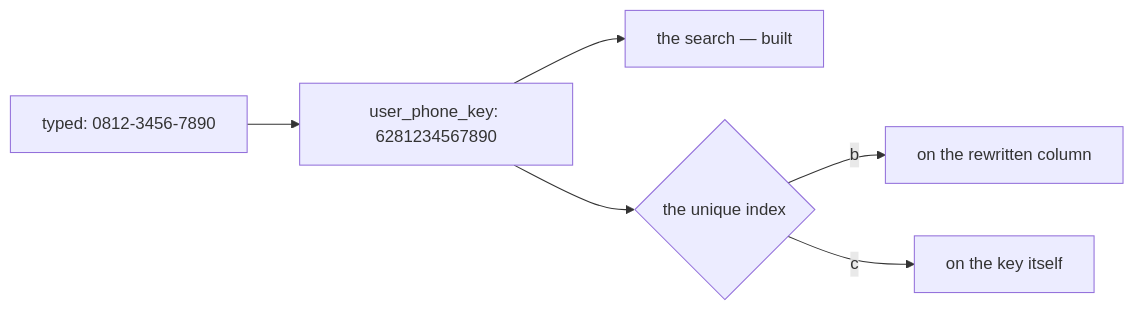
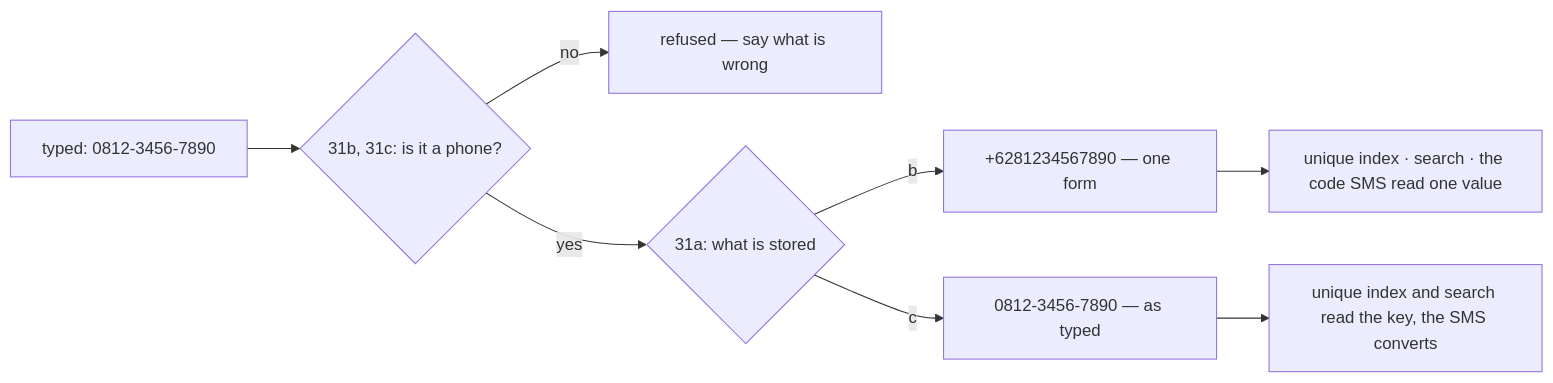
Before and after one commit to pdcgo/warehouse_revamp: the third of 13 diagrams in docs/business/user/context_clarify.md, drawn with Mermaid. The commit also changed other lines of this file and 2 other files, not shown here.

First line of the commit message:
user: Q31 elaborated - how a phone number is saved, four parts

````diff
--- a/docs/business/user/context_clarify.md
+++ b/docs/business/user/context_clarify.md
@@ -287,8 +289,10 @@
     ```mermaid
     flowchart LR
-      T["typed: 0812-3456-7890"] --> K["user_phone_key: 6281234567890"]
-      K --> S["the search — built"]
-      K --> U{"the unique index"}
-      U -->|"b"| B["on the rewritten column"]
-      U -->|"c"| C["on the key itself"]
+      T["typed: 0812-3456-7890"] --> V{"31b, 31c: is it a phone?"}
+      V -->|"no"| R["refused — say what is wrong"]
+      V -->|"yes"| S{"31a: what is stored"}
+      S -->|"b"| B["+6281234567890 — one form"]
+      S -->|"c"| C["0812-3456-7890 — as typed"]
+      B --> U["unique index · search · the code SMS read one value"]
+      C --> K["unique index and search read the key, the SMS converts"]
     ```
````
